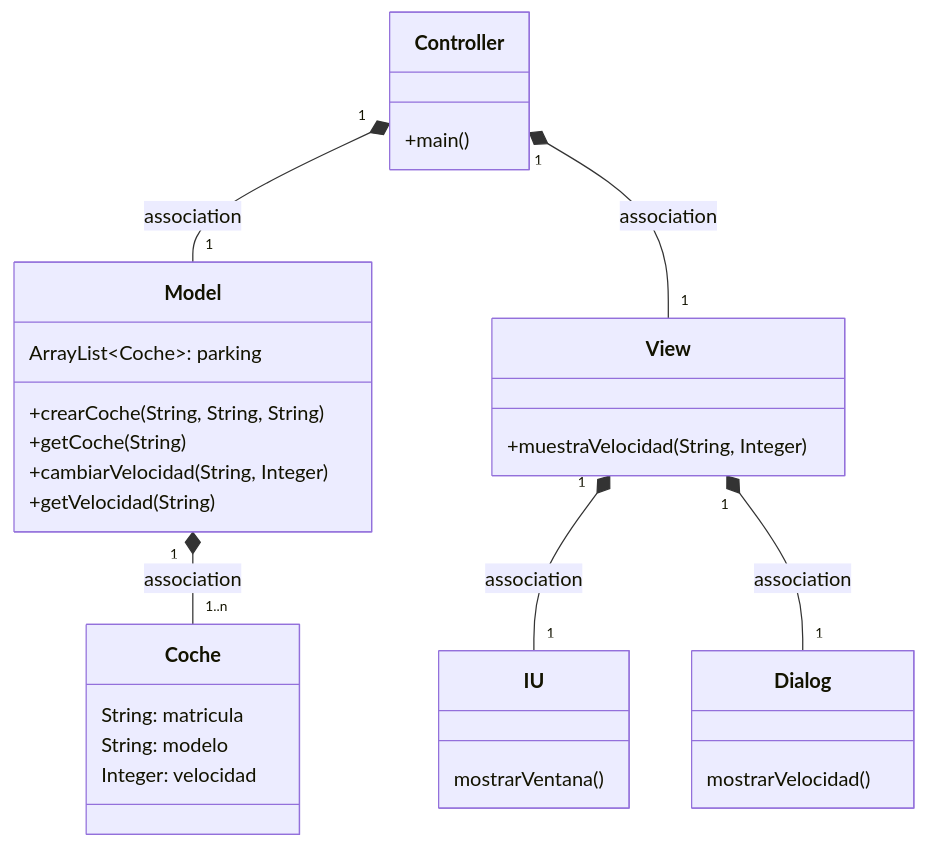
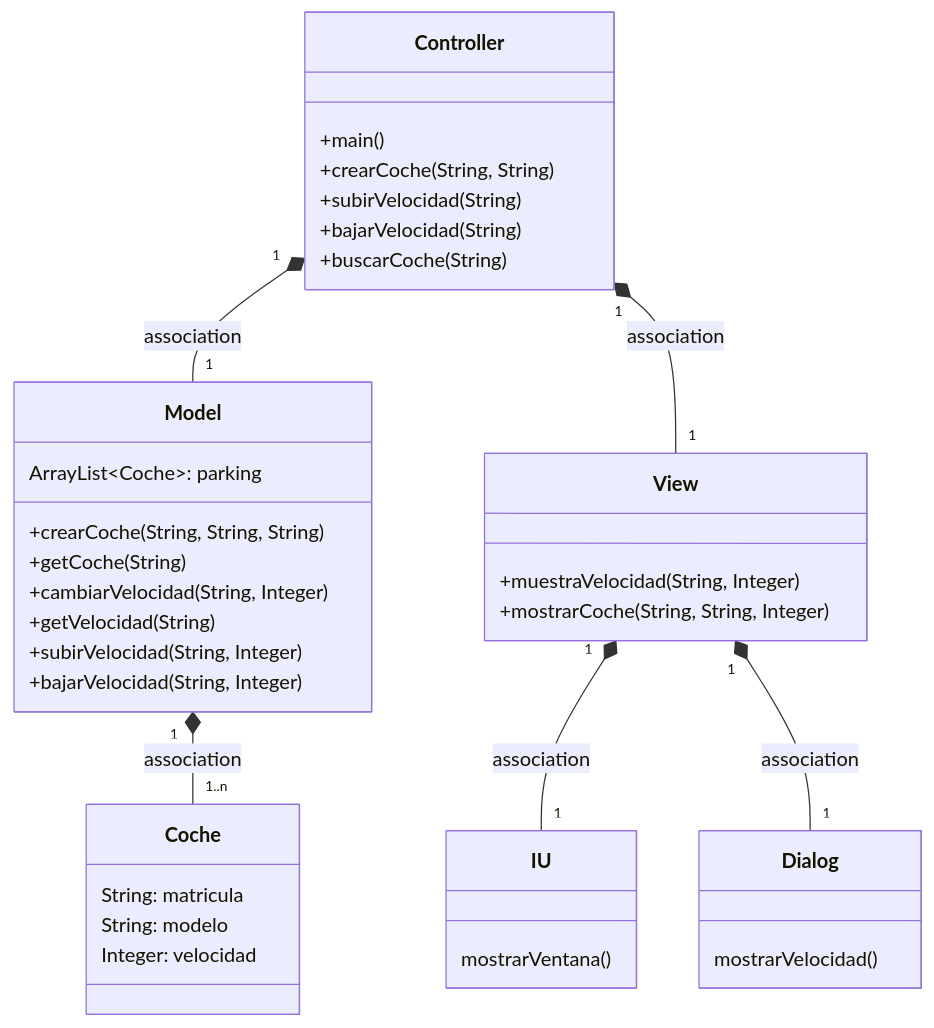
Before and after one commit to damiancastelao/MVC_coches_solucion: the first of 3 diagrams in Readme.md, drawn with Mermaid. The commit also changed other lines of this file and 2 other files, not shown here.

Commit message:
Readme actualizado

````diff
--- a/Readme.md
+++ b/Readme.md
@@ -8,28 +8,37 @@
 ```mermaid
 classDiagram
     class Coche {
         String: matricula
         String: modelo
         Integer: velocidad
     }
       class Controller{
           +main()
+          +crearCoche(String, String)
+          +subirVelocidad(String)
+          +bajarVelocidad(String)
+          +buscarCoche(String)
       }
-      class View {+muestraVelocidad(String, Integer)}
+      class View {
+      +muestraVelocidad(String, Integer)
+      +mostrarCoche(String, String, Integer)
+      }
       class Model {
           ArrayList~Coche~: parking
           +crearCoche(String, String, String)
           +getCoche(String)
           +cambiarVelocidad(String, Integer)
           +getVelocidad(String)
+          +subirVelocidad(String, Integer)
+          +bajarVelocidad(String, Integer)
       }
       
       class IU { mostrarVentana()}
       
       class Dialog { mostrarVelocidad() }
     Controller "1" *-- "1" Model : association
     Controller "1" *-- "1" View : association
     Model "1" *-- "1..n" Coche : association
     View "1" *-- "1" IU : association
     View "1" *-- "1" Dialog : association
 ```
````
